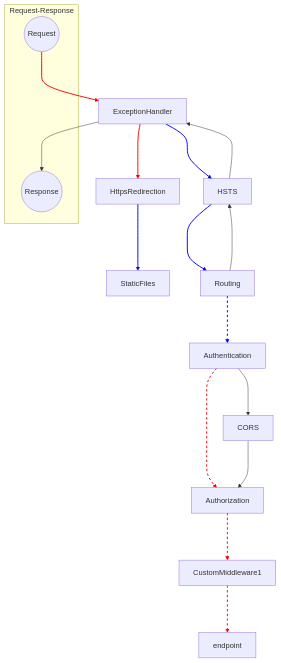
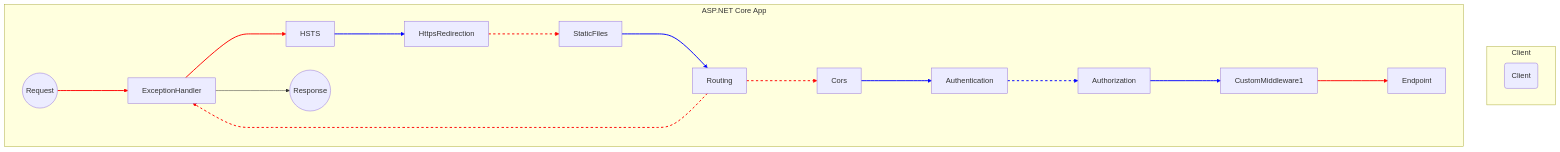
One commit to Rick-Anderson/MiddlewareMermaid changed the diagram in MiddlewareMermaid/graphTD_colorRRx.md. Above: the diagram before and after it, drawn with Mermaid.

````diff
--- a/MiddlewareMermaid/graphTD_colorRRx.md
+++ b/MiddlewareMermaid/graphTD_colorRRx.md
@@ -1,32 +1,36 @@
 ```mermaid
 graph TD;
-    subgraph Request-Response
+    subgraph Client
+        c(Client)
+    end
+    subgraph ASP.NET Core App
         Request((Request))
         Response((Response))
+        Request--->ExceptionHandler
+        ExceptionHandler--->HSTS
+        HSTS--->HttpsRedirection
+        HttpsRedirection--->StaticFiles
+        StaticFiles--->Routing
+        Routing--->Cors
+        Cors--->Authentication
+        Authentication--->Authorization
+        Authorization--->CustomMiddleware1
+        CustomMiddleware1--->Endpoint
+        Routing--->ExceptionHandler
+        ExceptionHandler--->Response
     end
-    Request--->ExceptionHandler
-    ExceptionHandler--->HttpsRedirection
-    HttpsRedirection--->StaticFiles
-    ExceptionHandler--->HSTS
-    HSTS--->Routing
-    Routing--->Authentication
-    Authentication--->Authorization
-    Authorization--->CustomMiddleware1
-    CustomMiddleware1--->endpoint
-    Routing--->HSTS
-    HSTS--->ExceptionHandler
-    ExceptionHandler--->Response
-    Authentication--->CORS
-    CORS--->Authorization
 
     linkStyle 0 stroke-width:2px,fill:none,stroke:red;
     linkStyle 1 stroke-width:2px,fill:none,stroke:red;
     linkStyle 2 stroke-width:2px,fill:none,stroke:blue;
-    linkStyle 3 stroke-width:2px,fill:none,stroke:blue;
+    linkStyle 3 stroke-dasharray: 5 5, stroke-width:2px,fill:none,stroke:red;
     linkStyle 4 stroke-width:2px,fill:none,stroke:blue;
-    linkStyle 5 stroke-dasharray: 5 5, stroke-width:2px,fill:none,stroke:blue;
-    linkStyle 6 stroke-dasharray: 5 5, stroke-width:2px,fill:none,stroke:red;
-    linkStyle 7 stroke-dasharray: 5 5, stroke-width:2px,fill:none,stroke:red;
-    linkStyle 8 stroke-dasharray: 5 5, stroke-width:2px,fill:none,stroke:red;
+    linkStyle 5 stroke-dasharray: 5 5, stroke-width:2px,fill:none,stroke:red;
+    linkStyle 6 stroke-width:2px,fill:none,stroke:blue;
+    linkStyle 7 stroke-dasharray: 5 5, stroke-width:2px,fill:none,stroke:blue;
+    linkStyle 8 stroke-width:2px,fill:none,stroke:blue;
+    linkStyle 9 stroke-width:2px,fill:none,stroke:red;
+    linkStyle 10 stroke-dasharray: 5 5, stroke-width:2px,fill:none,stroke:red;
+
 
 ```
````
